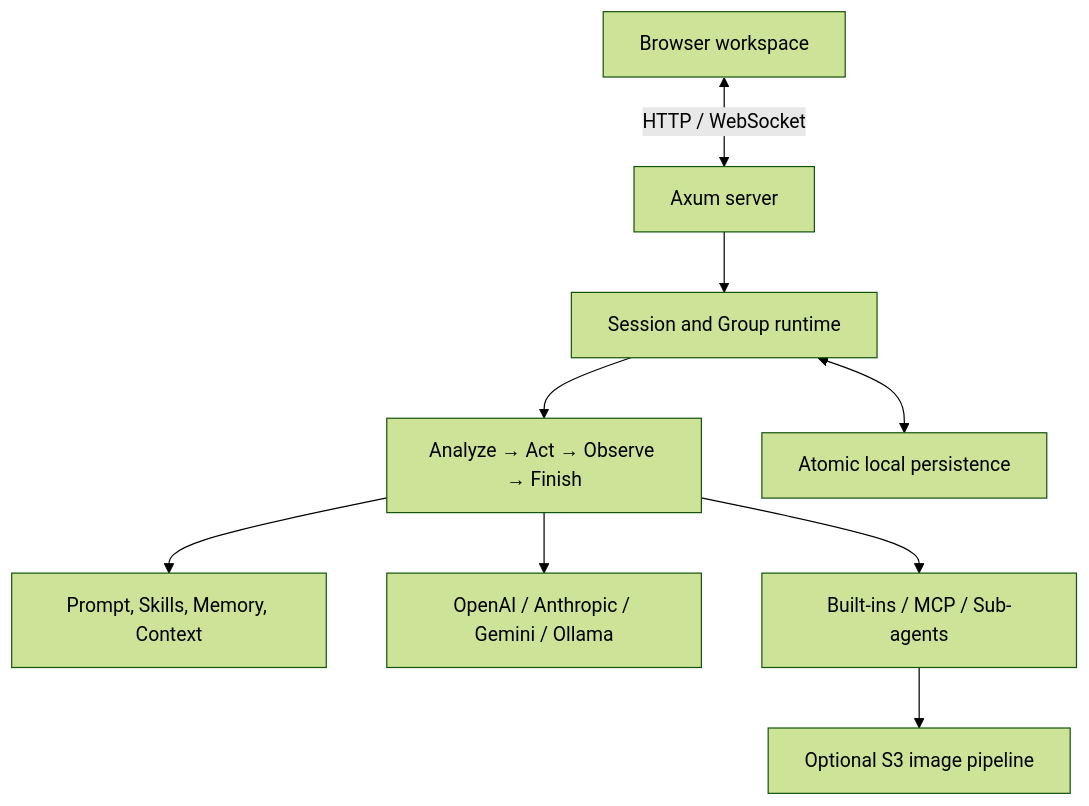
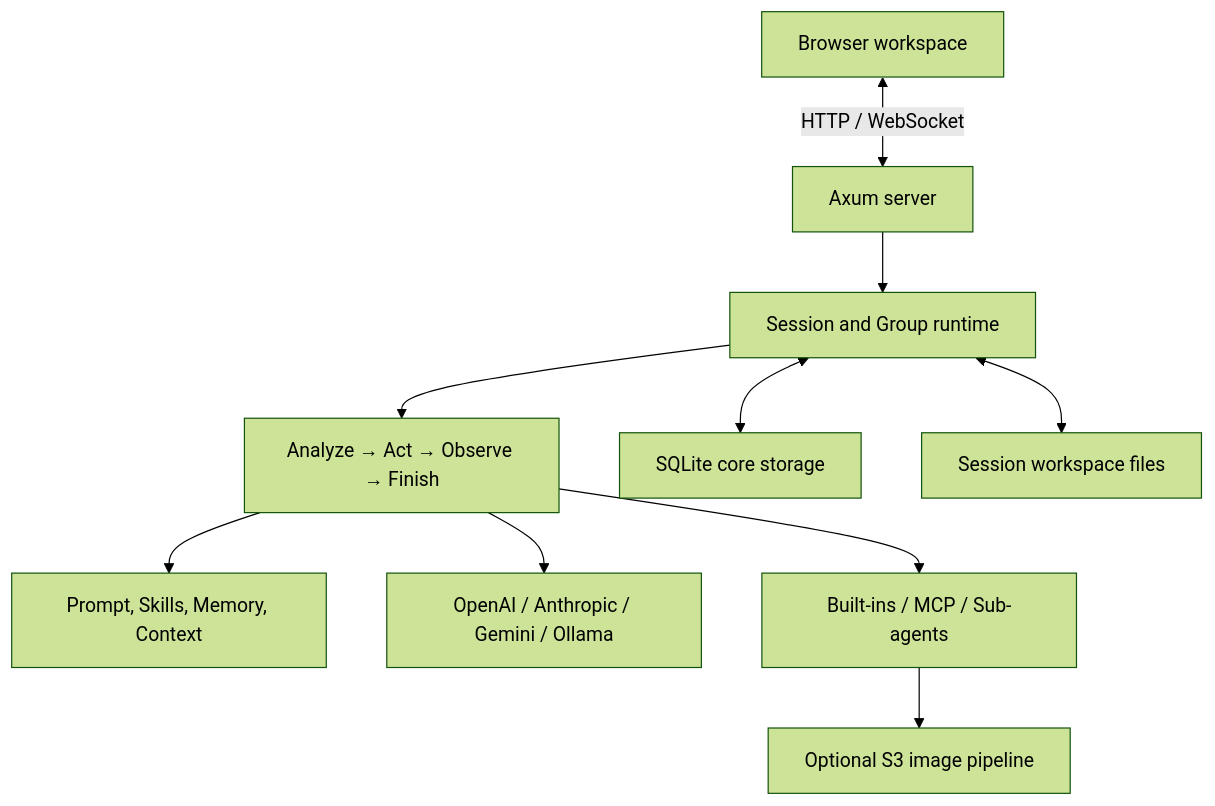
One commit to Linkq123/LingClaw changed the first of 3 diagrams in docs/architecture.en.md. Above: the diagram before and after it, drawn with Mermaid (forest theme). The commit also changed other lines of this file and 54 other files, not shown here.

Commit message:
feat(storage): introduce SQLite core storage

````diff
--- a/docs/architecture.en.md
+++ b/docs/architecture.en.md
@@ -9,11 +9,12 @@
 ```mermaid
 flowchart TB
     Browser["Browser workspace"] <-->|"HTTP / WebSocket"| Server["Axum server"]
     Server --> Sessions["Session and Group runtime"]
     Sessions --> Loop["Analyze → Act → Observe → Finish"]
     Loop --> Prompt["Prompt, Skills, Memory, Context"]
     Loop --> Providers["OpenAI / Anthropic / Gemini / Ollama"]
     Loop --> Tools["Built-ins / MCP / Sub-agents"]
-    Sessions <--> Disk["Atomic local persistence"]
+    Sessions <--> SQLite["SQLite core storage"]
+    Sessions <--> Disk["Session workspace files"]
     Tools --> Images["Optional S3 image pipeline"]
 ```
````
